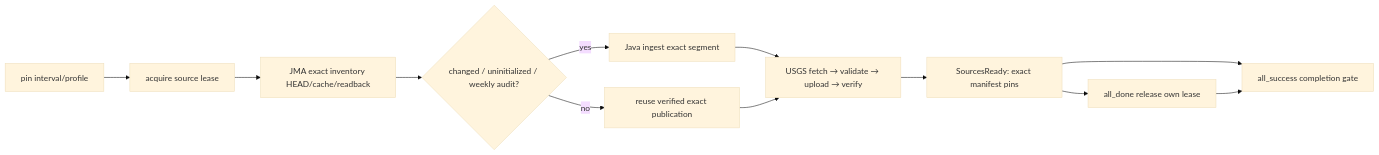
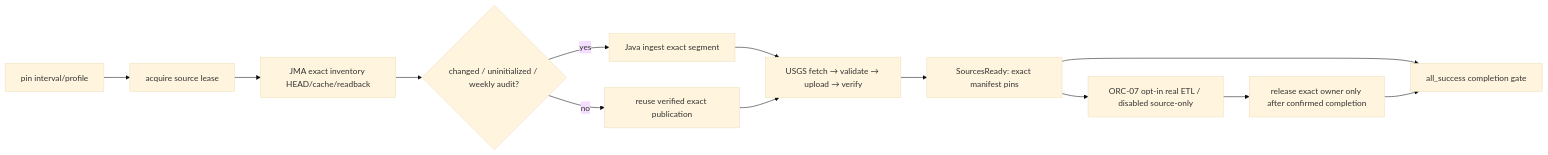
Before and after one commit to HoaiTam/japan-earthquake-etl: the diagram in docs/specs/SOURCE_SCHEDULE_AND_READINESS.md, drawn with Mermaid (base theme). The commit also changed other lines of this file and 37 other files, not shown here.

Commit message:
feat(orchestration): connect real etl adapters to gold publication (#87)

````diff
--- a/docs/specs/SOURCE_SCHEDULE_AND_READINESS.md
+++ b/docs/specs/SOURCE_SCHEDULE_AND_READINESS.md
@@ -18,14 +23,15 @@
 ```mermaid
 flowchart LR
     P["pin interval/profile"] --> L["acquire source lease"]
     L --> H["JMA exact inventory HEAD/cache/readback"]
     H --> C{"changed / uninitialized / weekly audit?"}
     C -->|yes| J["Java ingest exact segment"]
     C -->|no| R["reuse verified exact publication"]
     J --> U["USGS fetch → validate → upload → verify"]
     R --> U
     U --> S["SourcesReady: exact manifest pins"]
-    S --> D["all_done release own lease"]
+    S --> E["ORC-07 opt-in real ETL / disabled source-only"]
+    E --> D["release exact owner only after confirmed completion"]
     S --> G["all_success completion gate"]
     D --> G
 ```
````
